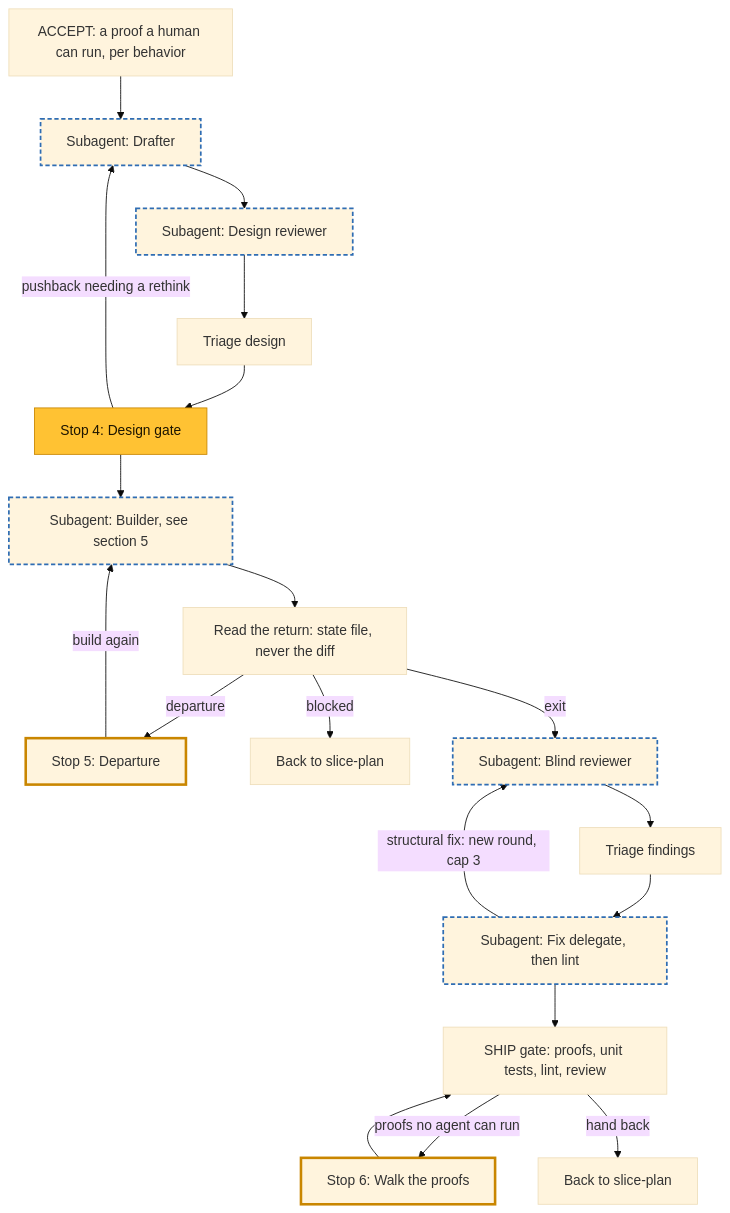
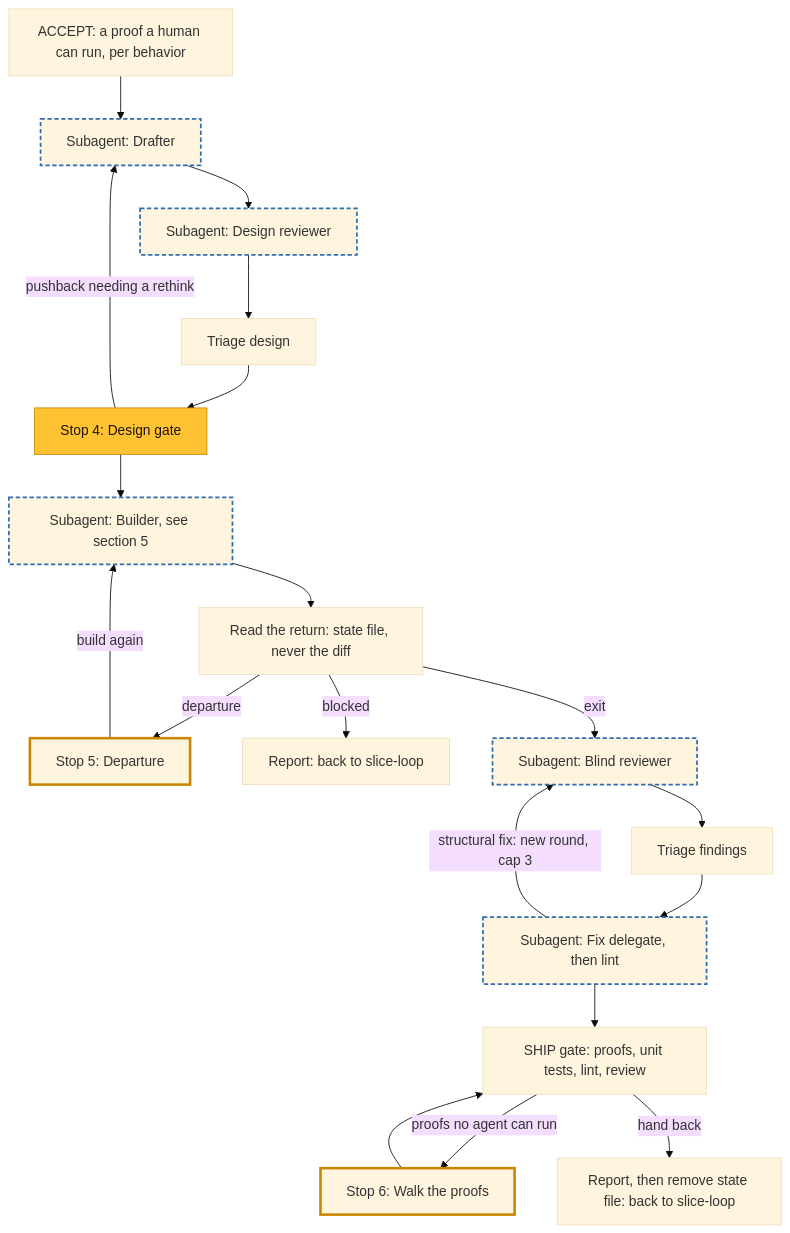
The fifth of 6 diagrams in docs/workflow.md (josephgee/agent-tools), drawn with Mermaid (base theme) before and after one commit. The commit also changed other lines of this file and 22 other files, not shown here.

First line of the commit message:
Split slice-plan into slice-plan (planning) and slice-loop (building)

````diff
--- a/docs/workflow.md
+++ b/docs/workflow.md
@@ -85,25 +89,25 @@
 ```mermaid
 flowchart TD
   accept["ACCEPT: a proof a human can run, per behavior"] --> drafter["Subagent: Drafter"]:::sub
   drafter --> dreview["Subagent: Design reviewer"]:::sub
   dreview --> triage["Triage design"]
   triage --> gate["Stop 4: Design gate"]:::you
   gate -->|pushback needing a rethink| drafter
   gate --> builder["Subagent: Builder, see section 5"]:::sub
   builder --> ret["Read the return: state file, never the diff"]
   ret -->|departure| departure["Stop 5: Departure"]:::trig
   departure -->|build again| builder
-  ret -->|blocked| host["Back to slice-plan"]
+  ret -->|blocked| host["Report: back to slice-loop"]
   ret -->|exit| blind["Subagent: Blind reviewer"]:::sub
   blind --> findings["Triage findings"]
   findings --> fix["Subagent: Fix delegate, then lint"]:::sub
   fix -->|structural fix: new round, cap 3| blind
   fix --> ship["SHIP gate: proofs, unit tests, lint, review"]
   ship -->|proofs no agent can run| walk["Stop 6: Walk the proofs"]:::trig
   walk --> ship
-  ship -->|hand back| done["Back to slice-plan"]
+  ship -->|hand back| done["Report, then remove state file: back to slice-loop"]
 
   classDef you fill:#ffc233,stroke:#c98600,color:#1d1500
   classDef trig stroke:#c98600,stroke-width:3px
   classDef sub stroke:#2f6db3,stroke-width:2px,stroke-dasharray:5 3
 ```
````
